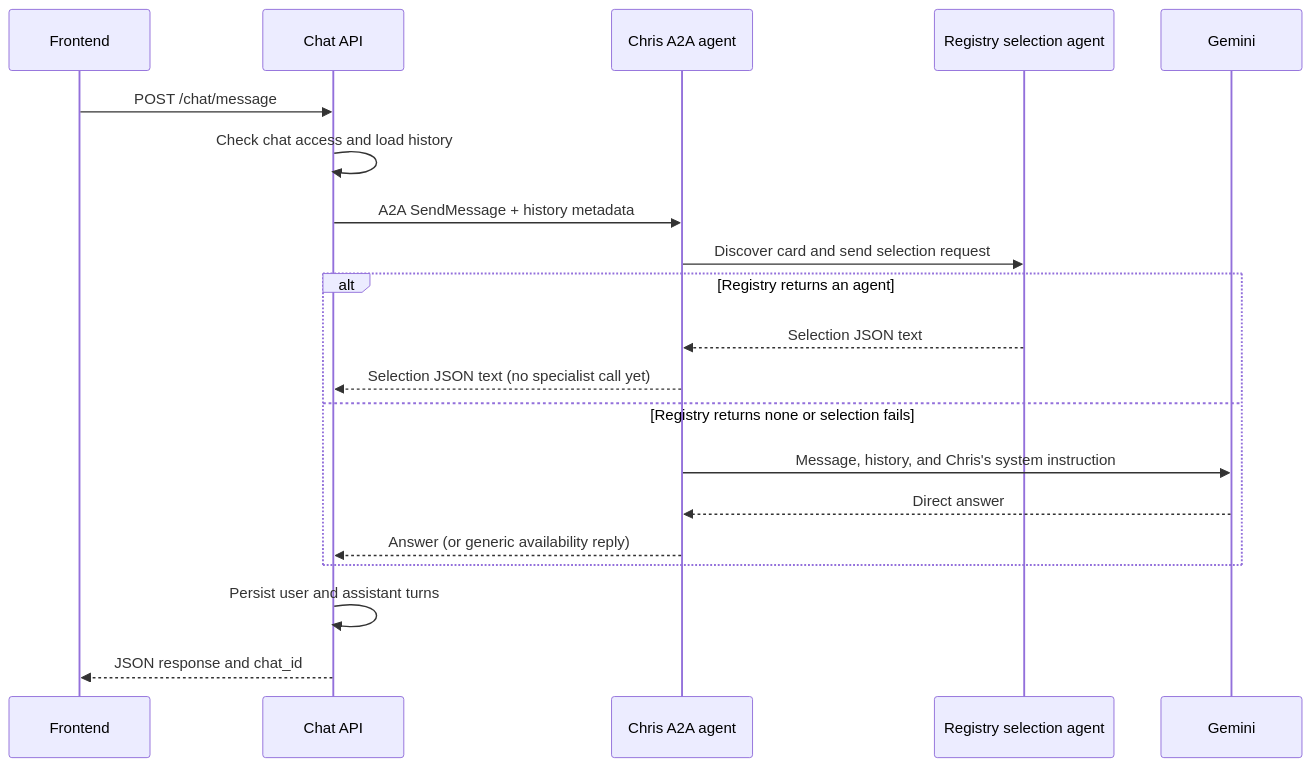
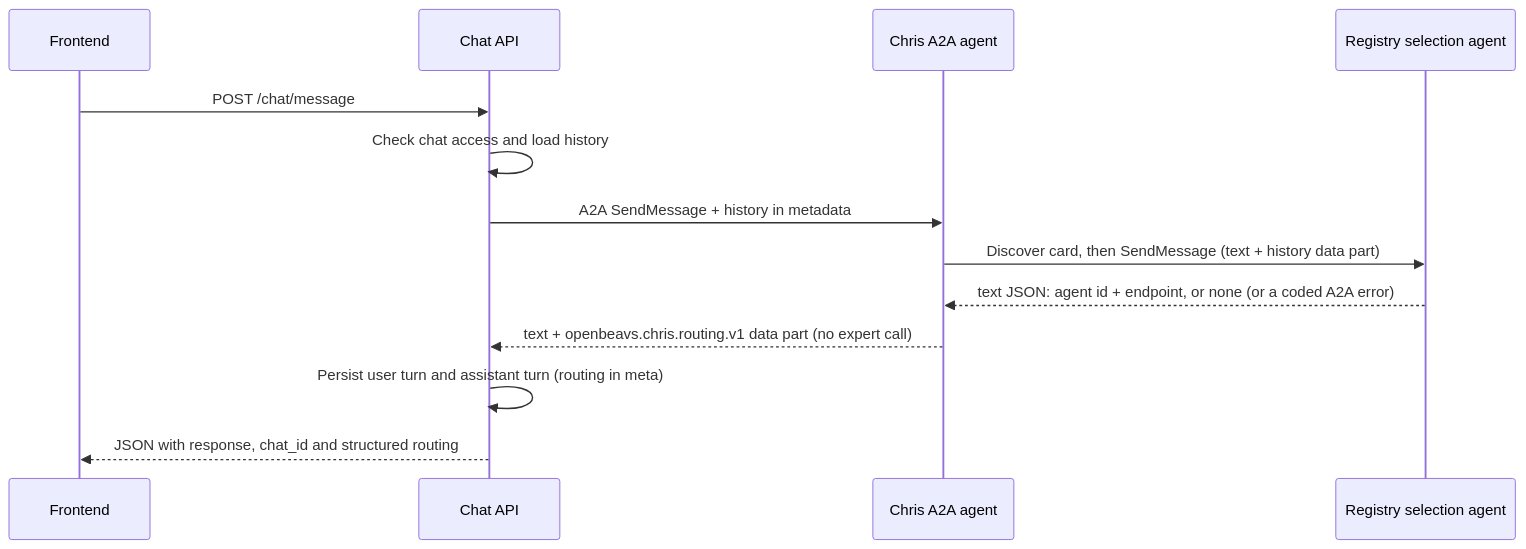
Before and after one commit to OpenBeavs/OpenBeavsV2: the diagram in docs/chris.md, drawn with Mermaid. The commit also changed other lines of this file and 55 other files, not shown here.

Commit message:
[registry] Integrate A2A selection with Chris and frontend

````diff
--- a/docs/chris.md
+++ b/docs/chris.md
@@ -9,22 +17,15 @@
 ```mermaid
 sequenceDiagram
     participant UI as Frontend
     participant Chat as Chat API
     participant Chris as Chris A2A agent
     participant Registry as Registry selection agent
-    participant Gemini as Gemini
     UI->>Chat: POST /chat/message
     Chat->>Chat: Check chat access and load history
-    Chat->>Chris: A2A SendMessage + history metadata
-    Chris->>Registry: Discover card and send selection request
-    alt Registry returns an agent
-        Registry-->>Chris: Selection JSON text
-        Chris-->>Chat: Selection JSON text (no specialist call yet)
-    else Registry returns none or selection fails
-        Chris->>Gemini: Message, history, and Chris's system instruction
-        Gemini-->>Chris: Direct answer
-        Chris-->>Chat: Answer (or generic availability reply)
-    end
-    Chat->>Chat: Persist user and assistant turns
-    Chat-->>UI: JSON response and chat_id
+    Chat->>Chris: A2A SendMessage + history in metadata
+    Chris->>Registry: Discover card, then SendMessage (text + history data part)
+    Registry-->>Chris: text JSON: agent id + endpoint, or none (or a coded A2A error)
+    Chris-->>Chat: text + openbeavs.chris.routing.v1 data part (no expert call)
+    Chat->>Chat: Persist user turn and assistant turn (routing in meta)
+    Chat-->>UI: JSON with response, chat_id and structured routing
 ```
````
